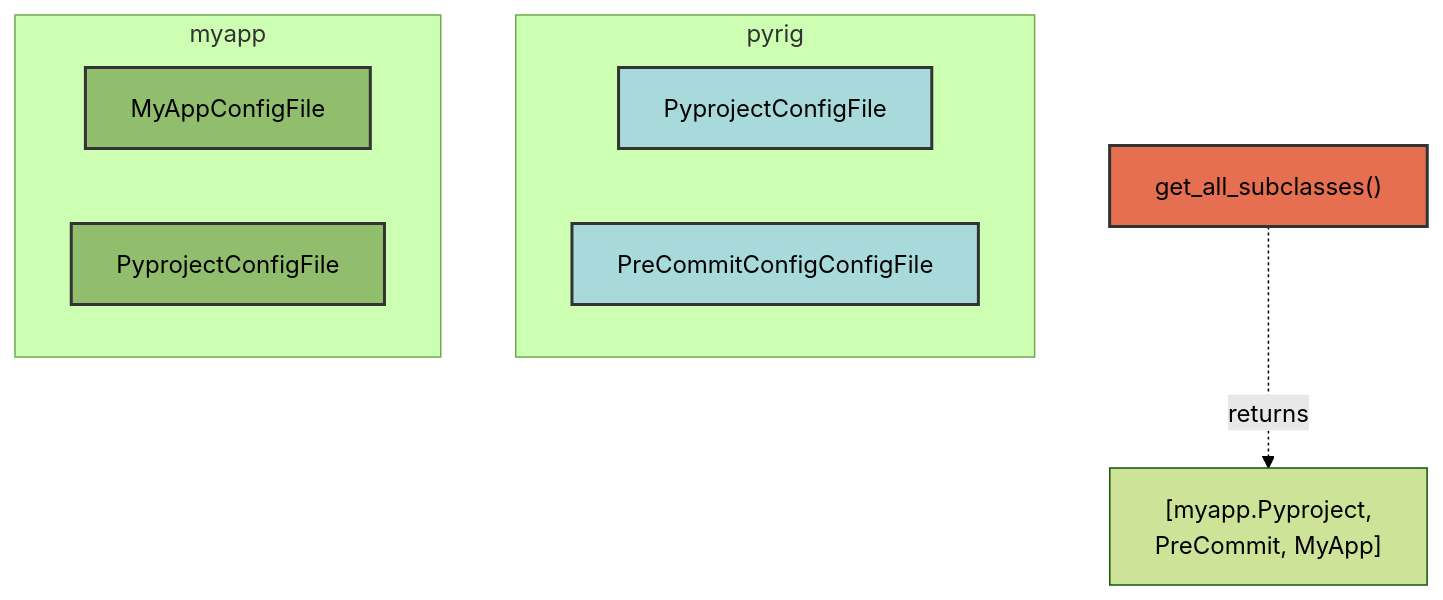
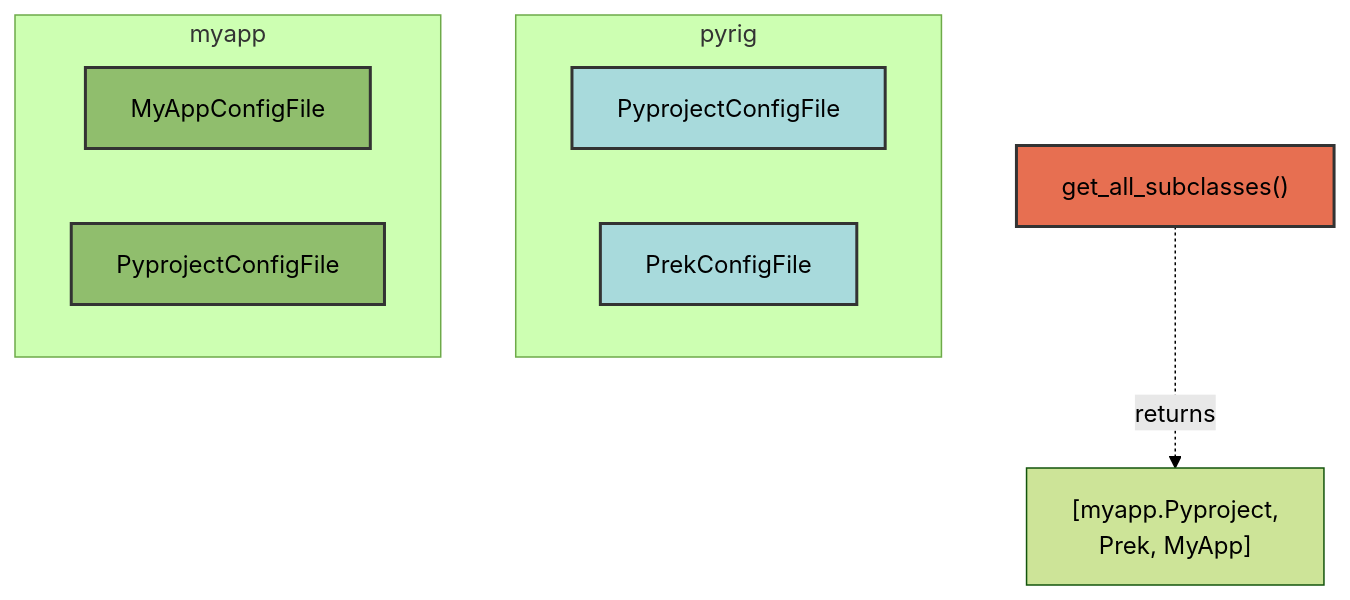
The third of 3 diagrams in docs/management/architecture.md (Winipedia/pyrig), drawn with Mermaid (forest theme) before and after one commit. The commit also changed other lines of this file and 35 other files, not shown here.

Commit message:
replaced pre-commit with prek

````diff
--- a/docs/management/architecture.md
+++ b/docs/management/architecture.md
@@ -95,20 +95,20 @@
 ```mermaid
 graph TD
     subgraph pyrig
         A[PyprojectConfigFile]
-        B[PreCommitConfigConfigFile]
+        B[PrekConfigFile]
     end
     subgraph myapp
         C[MyAppConfigFile]
         D[PyprojectConfigFile]
     end
 
     E["get_all_subclasses()"] -.->|returns| F["[myapp.Pyproject,
-    PreCommit, MyApp]"]
+    Prek, MyApp]"]
 
     style A fill:#a8dadc,stroke:#333,stroke-width:2px,color:#000
     style B fill:#a8dadc,stroke:#333,stroke-width:2px,color:#000
     style C fill:#90be6d,stroke:#333,stroke-width:2px,color:#000
     style D fill:#90be6d,stroke:#333,stroke-width:2px,color:#000
     style E fill:#e76f51,stroke:#333,stroke-width:2px,color:#000
 ```
````
